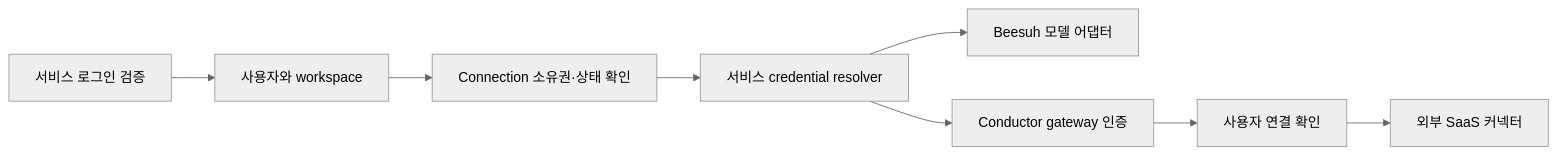
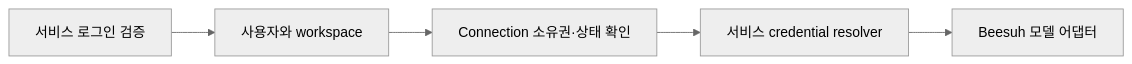
One commit to mrchypark/beesuh changed the diagram in docs/amp-connectors-adoption.md. Above: the diagram before and after it, drawn with Mermaid (neutral theme). The commit also changed other lines of this file and 13 other files, not shown here.

````diff
--- a/docs/amp-connectors-adoption.md
+++ b/docs/amp-connectors-adoption.md
@@ -30,10 +30,7 @@
 ```mermaid
 flowchart LR
   S[서비스 로그인 검증] --> P[사용자와 workspace]
   P --> C[Connection 소유권·상태 확인]
   C --> R[서비스 credential resolver]
   R --> M[Beesuh 모델 어댑터]
-  R --> G[Conductor gateway 인증]
-  G --> A[사용자 연결 확인]
-  A --> X[외부 SaaS 커넥터]
 ```
````
